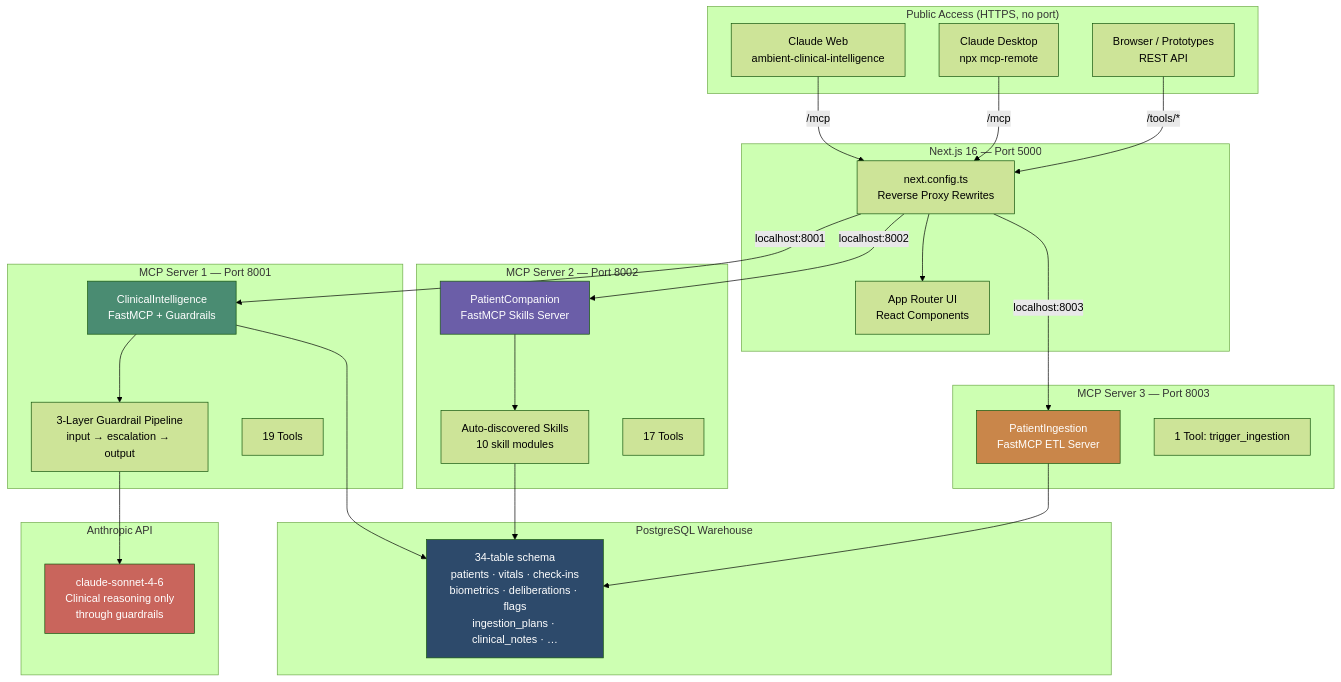
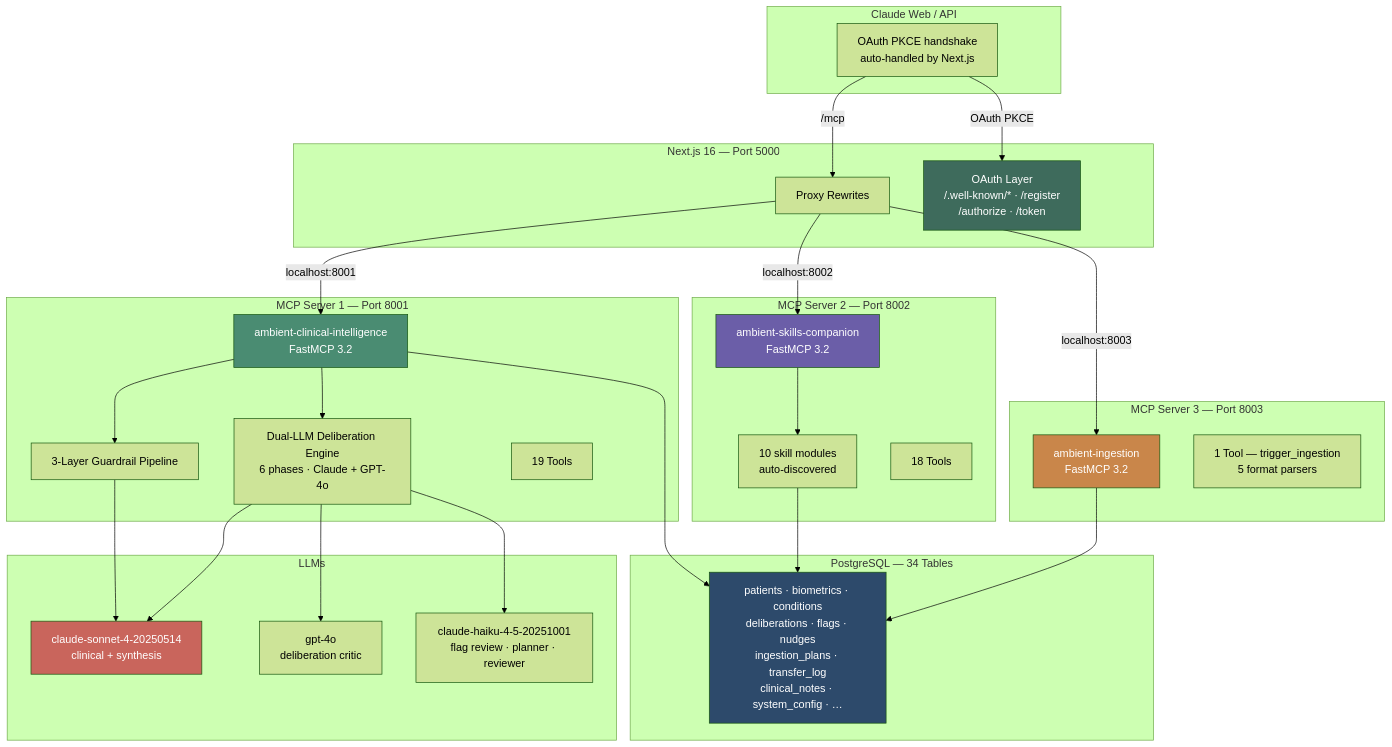
The second of 7 diagrams in README.md (aliomraniH/ambient-patient-companion), drawn with Mermaid (forest theme) before and after one commit. The commit also changed other lines of this file and 2 other files, not shown here.

Commit message:
Update README, replit.md, CLAUDE.md: ambient-* names, OAuth layer, 34 tables, 670 tests, Phase 0.5/3.25/3.5, real model names

````diff
--- a/README.md
+++ b/README.md
@@ -110,58 +57,60 @@
 ```mermaid
 graph TB
-    subgraph "Public Access (HTTPS, no port)"
-        CW["Claude Web<br/>ambient-clinical-intelligence"]
-        CD["Claude Desktop<br/>npx mcp-remote"]
-        BR["Browser / Prototypes<br/>REST API"]
+    subgraph "Claude Web / API"
+        CW["OAuth PKCE handshake<br/>auto-handled by Next.js"]
     end
 
     subgraph "Next.js 16 — Port 5000"
-        NX["next.config.ts<br/>Reverse Proxy Rewrites"]
-        UI["App Router UI<br/>React Components"]
+        NX["Proxy Rewrites"]
+        OA["OAuth Layer<br/>/.well-known/* · /register<br/>/authorize · /token"]
     end
 
     subgraph "MCP Server 1 — Port 8001"
-        S1["ClinicalIntelligence<br/>FastMCP + Guardrails"]
-        G1["3-Layer Guardrail Pipeline<br/>input → escalation → output"]
+        S1["ambient-clinical-intelligence<br/>FastMCP 3.2"]
+        G1["3-Layer Guardrail Pipeline"]
+        DE["Dual-LLM Deliberation Engine<br/>6 phases · Claude + GPT-4o"]
         T1["19 Tools"]
     end
 
     subgraph "MCP Server 2 — Port 8002"
-        S2["PatientCompanion<br/>FastMCP Skills Server"]
-        SK["Auto-discovered Skills<br/>10 skill modules"]
-        T2["17 Tools"]
+        S2["ambient-skills-companion<br/>FastMCP 3.2"]
+        SK["10 skill modules<br/>auto-discovered"]
+        T2["18 Tools"]
     end
 
     subgraph "MCP Server 3 — Port 8003"
-        S3["PatientIngestion<br/>FastMCP ETL Server"]
-        T3["1 Tool: trigger_ingestion"]
+        S3["ambient-ingestion<br/>FastMCP 3.2"]
+        T3["1 Tool — trigger_ingestion<br/>5 format parsers"]
     end
 
-    subgraph "PostgreSQL Warehouse"
-        DB["34-table schema<br/>patients · vitals · check-ins<br/>biometrics · deliberations · flags<br/>ingestion_plans · clinical_notes · …"]
+    subgraph "PostgreSQL — 34 Tables"
+        DB["patients · biometrics · conditions<br/>deliberations · flags · nudges<br/>ingestion_plans · transfer_log<br/>clinical_notes · system_config · …"]
     end
 
-    subgraph "Anthropic API"
-        AN["claude-sonnet-4-6<br/>Clinical reasoning only<br/>through guardrails"]
+    subgraph "LLMs"
+        AN["claude-sonnet-4-20250514<br/>clinical + synthesis"]
+        GP["gpt-4o<br/>deliberation critic"]
+        HA["claude-haiku-4-5-20251001<br/>flag review · planner · reviewer"]
     end
 
+    CW -->|"OAuth PKCE"| OA
     CW -->|"/mcp"| NX
-    CD -->|"/mcp"| NX
-    BR -->|"/tools/*"| NX
-
     NX -->|"localhost:8001"| S1
     NX -->|"localhost:8002"| S2
     NX -->|"localhost:8003"| S3
-    NX --> UI
 
     S1 --> G1 --> AN
+    S1 --> DE --> AN
+    DE --> GP
+    DE --> HA
     S1 --> DB
     S2 --> SK --> DB
     S3 --> DB
 
     style S1 fill:#4A8C72,color:#fff
     style S2 fill:#6B5EA8,color:#fff
     style S3 fill:#C9864A,color:#fff
     style DB fill:#2d4a6b,color:#fff
     style AN fill:#c9655c,color:#fff
+    style OA fill:#3E6B5C,color:#fff
 ```
````
